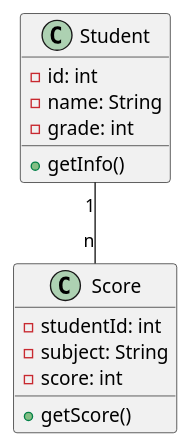
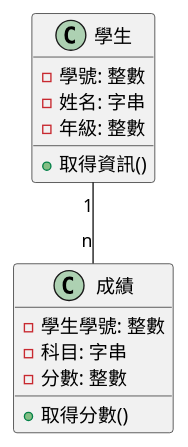
One commit to fine5351/info-sync changed the first of 3 diagrams in doc/learning/architecture/normalization_denormalization_tutorial.md. Above: the diagram before and after it, drawn with PlantUML. The commit also changed other lines of this file and 35 other files, not shown here.

````diff
--- a/doc/learning/architecture/normalization_denormalization_tutorial.md
+++ b/doc/learning/architecture/normalization_denormalization_tutorial.md
@@ -85,19 +85,19 @@
 ```plantuml
 @startuml
-class Student {
-    - id: int
-    - name: String
-    - grade: int
-    + getInfo()
+class 學生 {
+    - 學號: 整數
+    - 姓名: 字串
+    - 年級: 整數
+    + 取得資訊()
 }
 
-class Score {
-    - studentId: int
-    - subject: String
-    - score: int
-    + getScore()
+class 成績 {
+    - 學生學號: 整數
+    - 科目: 字串
+    - 分數: 整數
+    + 取得分數()
 }
 
-Student "1" -- "n" Score
+學生 "1" -- "n" 成績
 @enduml
 ```
````
